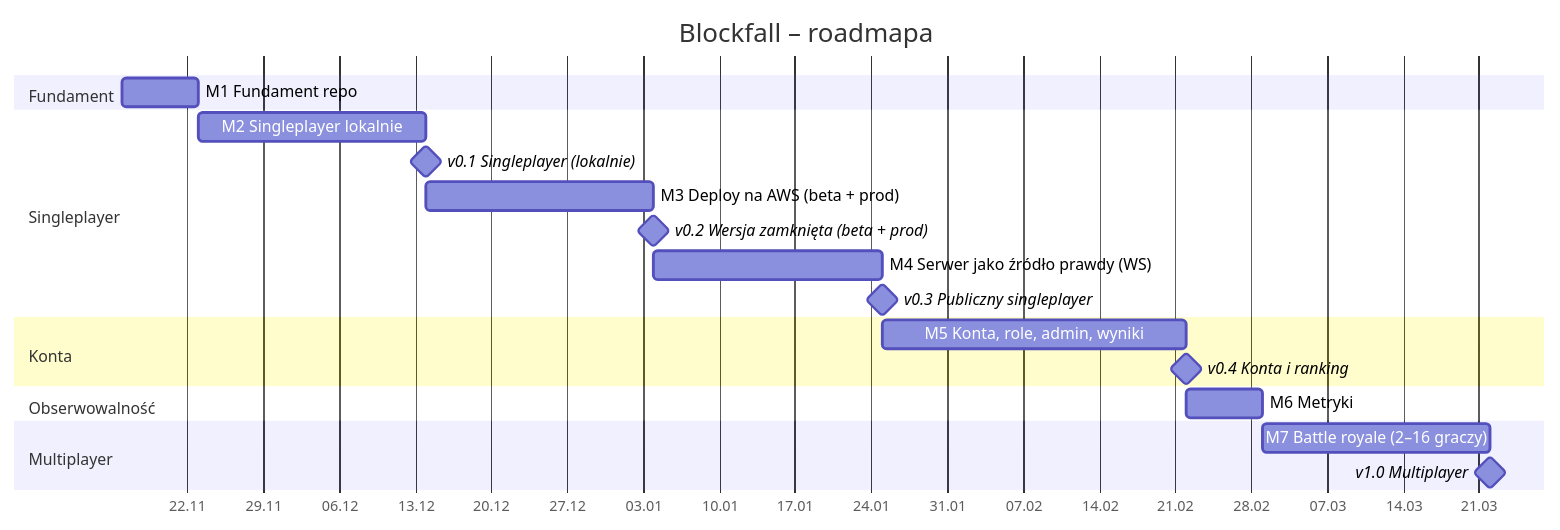
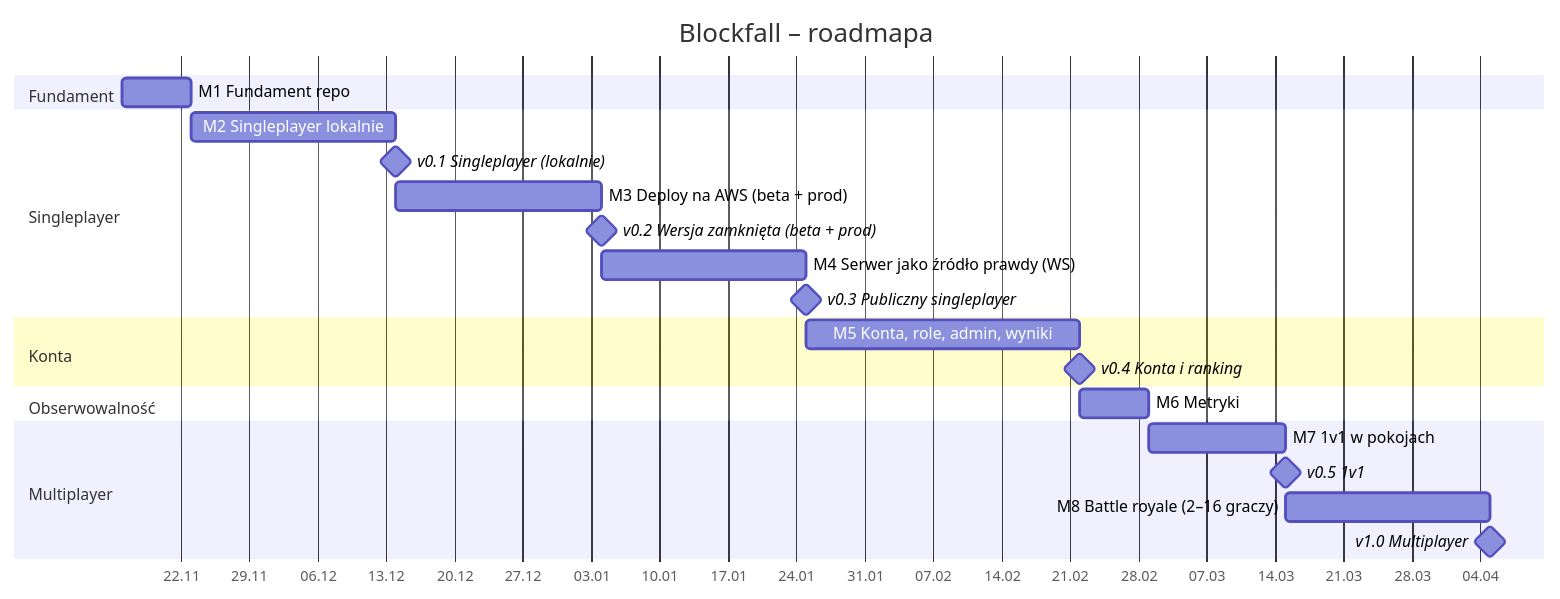
One commit to borys94/tetris-multiplayer changed the diagram in docs/roadmap.md. Above: the diagram before and after it, drawn with Mermaid. The commit also changed other lines of this file and 62 other files, not shown here.

````diff
--- a/docs/roadmap.md
+++ b/docs/roadmap.md
@@ -12,28 +12,30 @@
 ```mermaid
 gantt
     title Blockfall – roadmapa
     dateFormat YYYY-MM-DD
     axisFormat %d.%m
 
     section Fundament
     M1 Fundament repo                    :m1, 2026-11-16, 7d
 
     section Singleplayer
     M2 Singleplayer lokalnie             :m2, after m1, 21d
     v0.1 Singleplayer (lokalnie)         :milestone, after m2, 0d
     M3 Deploy na AWS (beta + prod)       :m3, after m2, 21d
     v0.2 Wersja zamknięta (beta + prod)  :milestone, after m3, 0d
     M4 Serwer jako źródło prawdy (WS)    :m4, after m3, 21d
     v0.3 Publiczny singleplayer          :milestone, after m4, 0d
 
     section Konta
     M5 Konta, role, admin, wyniki        :m5, after m4, 28d
     v0.4 Konta i ranking                 :milestone, after m5, 0d
 
     section Obserwowalność
     M6 Metryki                           :m6, after m5, 7d
 
     section Multiplayer
-    M7 Battle royale (2–16 graczy)       :m7, after m6, 21d
-    v1.0 Multiplayer                     :milestone, after m7, 0d
+    M7 1v1 w pokojach                    :m7, after m6, 14d
+    v0.5 1v1                             :milestone, after m7, 0d
+    M8 Battle royale (2–16 graczy)       :m8, after m7, 21d
+    v1.0 Multiplayer                     :milestone, after m8, 0d
 ```
````
